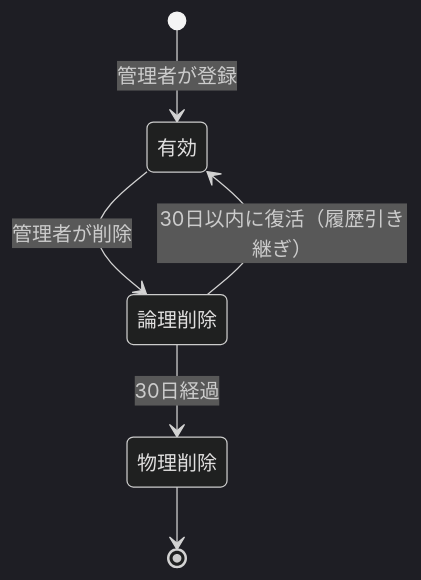
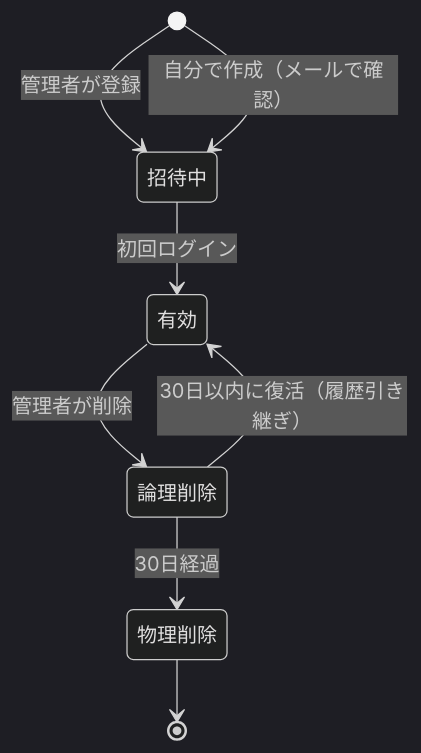
The ninth of 11 diagrams in documents/要件定義書_RPG学習アプリ.md (pocarialice/rpglearning), drawn with Mermaid (dark theme) before and after one commit. The commit also changed other lines of this file and 1 other file, not shown here.

````diff
--- a/documents/要件定義書_RPG学習アプリ.md
+++ b/documents/要件定義書_RPG学習アプリ.md
@@ -383,8 +441,10 @@
 ```mermaid
 stateDiagram-v2
-  [*] --> 有効: 管理者が登録
+  [*] --> 招待中: 管理者が登録
+  [*] --> 招待中: 自分で作成（メールで確認）
+  招待中 --> 有効: 初回ログイン
   有効 --> 論理削除: 管理者が削除
   論理削除 --> 有効: 30日以内に復活（履歴引き継ぎ）
   論理削除 --> 物理削除: 30日経過
   物理削除 --> [*]
 ```
````
